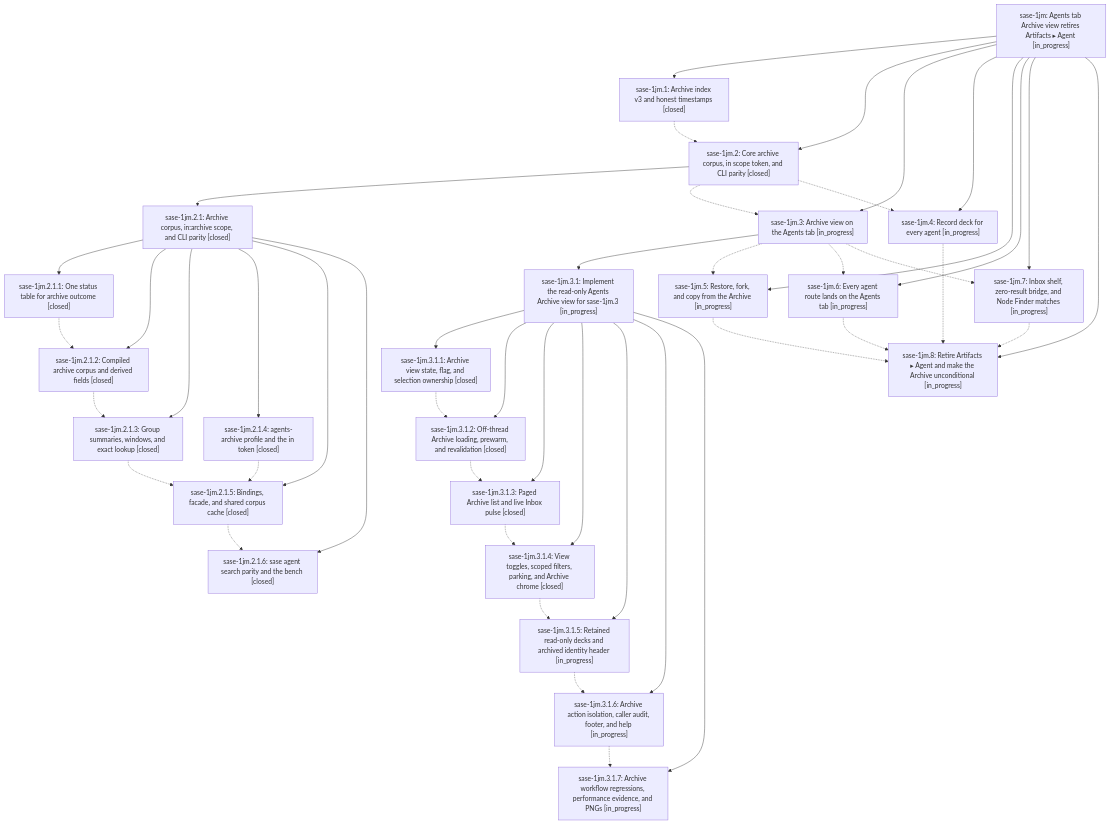
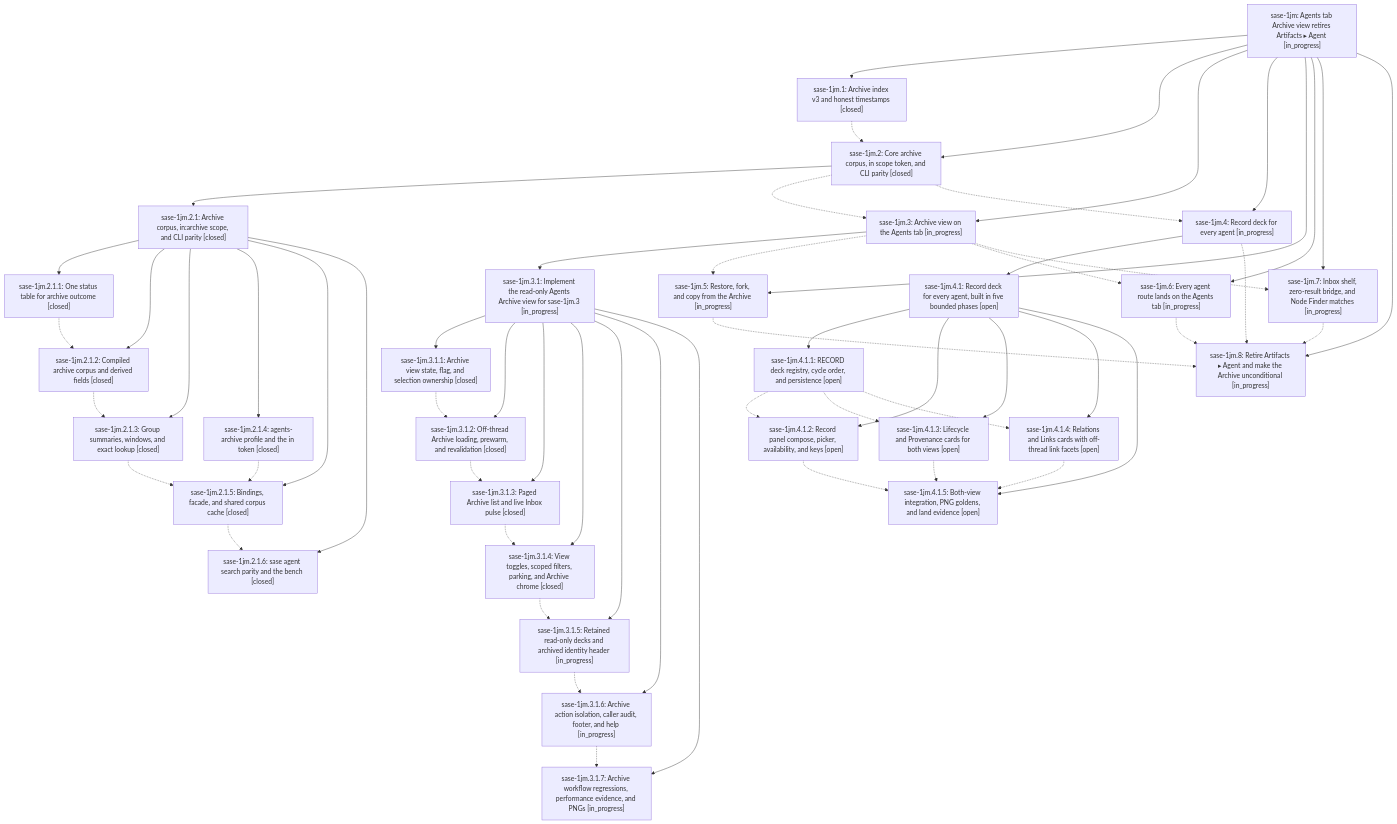
The diagram in pages/sase-1jm/README.md (sase-org/sase--beads), drawn with Mermaid before and after one commit. The commit also changed other lines of this file and 9 other files, not shown here.

````diff
--- a/pages/sase-1jm/README.md
+++ b/pages/sase-1jm/README.md
@@ -62,10 +62,16 @@
     n17["sase-1jm.3.1.6: Archive action isolation, caller audit, footer, and help [in_progress]"]
     n18["sase-1jm.3.1.7: Archive workflow regressions, performance evidence, and PNGs [in_progress]"]
     n19["sase-1jm.4: Record deck for every agent [in_progress]"]
-    n20["sase-1jm.5: Restore, fork, and copy from the Archive [in_progress]"]
-    n21["sase-1jm.6: Every agent route lands on the Agents tab [in_progress]"]
-    n22["sase-1jm.7: Inbox shelf, zero-result bridge, and Node Finder matches [in_progress]"]
-    n23["sase-1jm.8: Retire Artifacts ▸ Agent and make the Archive unconditional [in_progress]"]
+    n20["sase-1jm.4.1: Record deck for every agent, built in five bounded phases [open]"]
+    n21["sase-1jm.4.1.1: RECORD deck registry, cycle order, and persistence [open]"]
+    n22["sase-1jm.4.1.2: Record panel compose, picker, availability, and keys [open]"]
+    n23["sase-1jm.4.1.3: Lifecycle and Provenance cards for both views [open]"]
+    n24["sase-1jm.4.1.4: Relations and Links cards with off-thread link facets [open]"]
+    n25["sase-1jm.4.1.5: Both-view integration, PNG goldens, and land evidence [open]"]
+    n26["sase-1jm.5: Restore, fork, and copy from the Archive [in_progress]"]
+    n27["sase-1jm.6: Every agent route lands on the Agents tab [in_progress]"]
+    n28["sase-1jm.7: Inbox shelf, zero-result bridge, and Node Finder matches [in_progress]"]
+    n29["sase-1jm.8: Retire Artifacts ▸ Agent and make the Archive unconditional [in_progress]"]
     n0 --> n1
     n0 --> n2
     n2 --> n3
@@ -85,10 +91,16 @@
     n11 --> n17
     n11 --> n18
     n0 --> n19
-    n0 --> n20
-    n0 --> n21
-    n0 --> n22
-    n0 --> n23
+    n19 --> n20
+    n20 --> n21
+    n20 --> n22
+    n20 --> n23
+    n20 --> n24
+    n20 --> n25
+    n0 --> n26
+    n0 --> n27
+    n0 --> n28
+    n0 --> n29
     n1 -.-> n2
     n2 -.-> n10
     n2 -.-> n19
@@ -97,17 +109,23 @@
     n6 -.-> n8
     n7 -.-> n8
     n8 -.-> n9
-    n10 -.-> n20
-    n10 -.-> n21
-    n10 -.-> n22
+    n10 -.-> n26
+    n10 -.-> n27
+    n10 -.-> n28
     n12 -.-> n13
     n13 -.-> n14
     n14 -.-> n15
     n15 -.-> n16
     n16 -.-> n17
     n17 -.-> n18
-    n19 -.-> n23
-    n20 -.-> n23
+    n19 -.-> n29
+    n21 -.-> n22
     n21 -.-> n23
-    n22 -.-> n23
+    n21 -.-> n24
+    n22 -.-> n25
+    n23 -.-> n25
+    n24 -.-> n25
+    n26 -.-> n29
+    n27 -.-> n29
+    n28 -.-> n29
 ```
````
